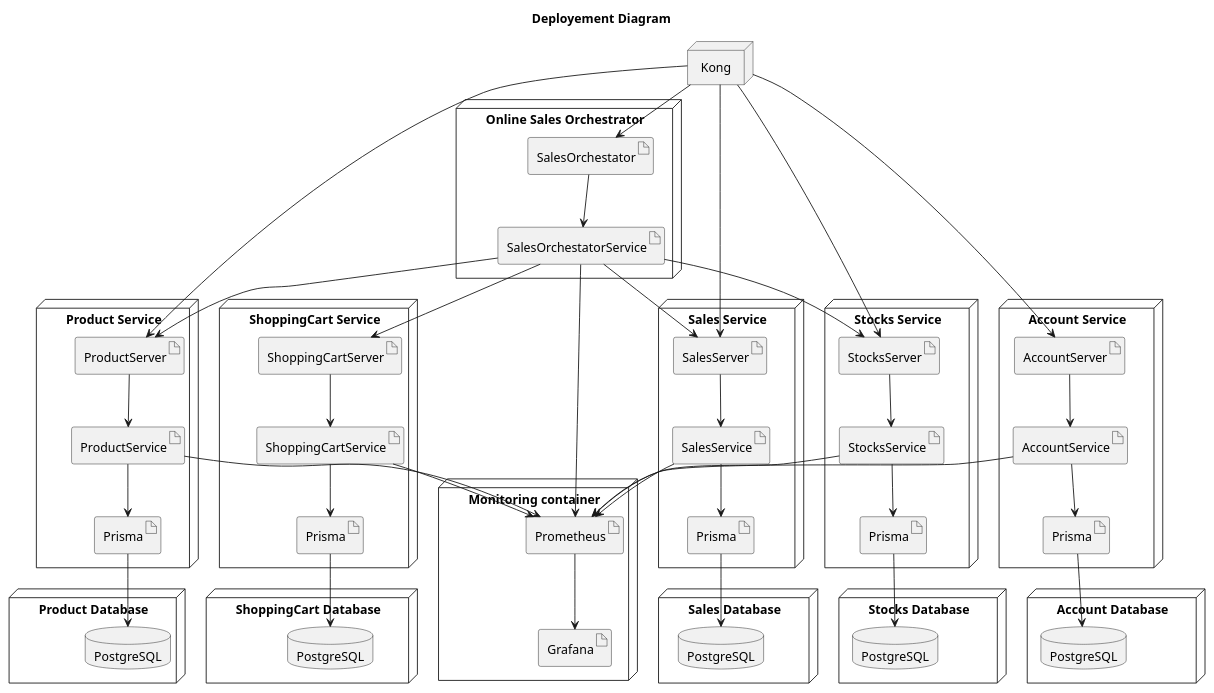
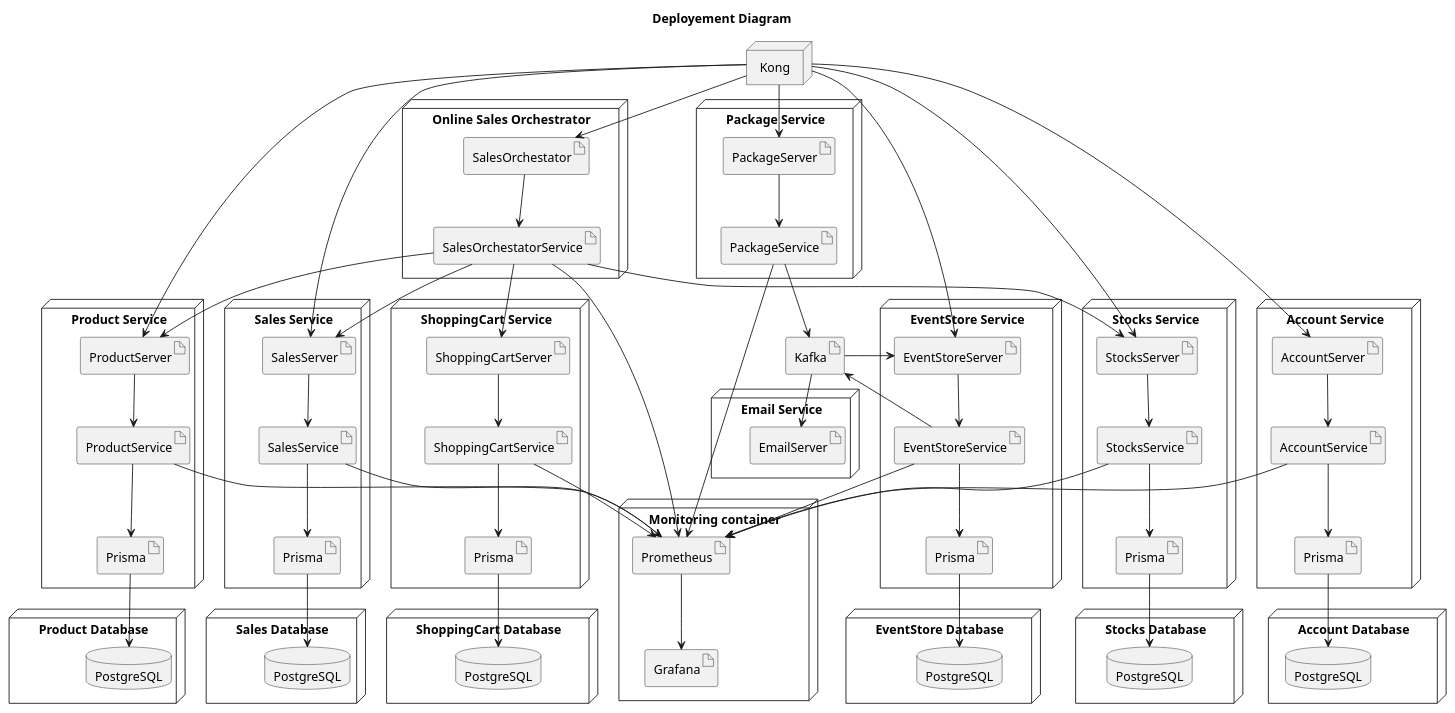
The diagram in docs/UML/deployement.puml (ThePhobosDeimosSuite/laboratoire-0_log430), drawn with PlantUML before and after one commit. The commit also changed 13 other files, not shown here.

```diff
--- a/docs/UML/deployement.puml
+++ b/docs/UML/deployement.puml
@@ -1,113 +1,149 @@
 @startuml deployement
 title Deployement Diagram
 
 node "Monitoring container" {
     artifact Prometheus
     artifact Grafana
 }
 
 node "Kong" {
 
 }
 
 
 node "Product Database" {
     database "PostgreSQL" as ProductDB
 }
 
 node "Product Service"  {
     artifact ProductServer
     artifact ProductService
     artifact "Prisma" as ProductPrisma
 }
 
     [Kong] --> [ProductServer]
     [ProductServer] --> [ProductService]
     [ProductService] --> [Prometheus]
     [ProductService] --> [ProductPrisma]
     [ProductPrisma] --> [ProductDB]
 
 node "Sales Database" {
     database "PostgreSQL" as SalesDB
 }
 
 node "Sales Service"  {
     artifact SalesServer
     artifact SalesService
     artifact "Prisma" as SalesPrisma
 }
 
     [Kong] --> [SalesServer]
     [SalesServer] --> [SalesService]
     [SalesService] --> [Prometheus]
     [SalesService] --> [SalesPrisma]
     [SalesPrisma] --> [SalesDB]
 
 node "Stocks Database" {
     database "PostgreSQL" as StocksDB
 }
 
 node "Stocks Service"  {
     artifact StocksServer
     artifact StocksService
     artifact "Prisma" as StocksPrisma
 }
 
     [Kong] --> [StocksServer]
     [StocksServer] --> [StocksService]
     [StocksService] --> [Prometheus]
     [StocksService] --> [StocksPrisma]
     [StocksPrisma] --> [StocksDB]
 
 
 
 node "Account Database" {
     database "PostgreSQL" as AccountDB
 }
 
 node "Account Service"  {
     artifact AccountServer
     artifact AccountService
     artifact "Prisma" as AccountPrisma
 }
 
     [Kong] --> [AccountServer]
     [AccountServer] --> [AccountService]
     [AccountService] --> [Prometheus]
     [AccountService] --> [AccountPrisma]
     [AccountPrisma] --> [AccountDB]
 
 node "ShoppingCart Database" {
     database "PostgreSQL" as ShoppingCartDB
 }
 
 node "ShoppingCart Service"  {
     artifact ShoppingCartServer
     artifact ShoppingCartService
     artifact "Prisma" as ShoppingCartPrisma
 }
 
     [ShoppingCartServer] --> [ShoppingCartService]
     [ShoppingCartService] --> [Prometheus]
     [ShoppingCartService] --> [ShoppingCartPrisma]
     [ShoppingCartPrisma] --> [ShoppingCartDB]
 
+artifact Kafka
+
+node "Package Service" {
+    artifact PackageServer
+    artifact PackageService
+}
+
+    [Kong] --> [PackageServer]
+    [PackageServer] --> [PackageService]
+    [PackageService] --> [Kafka]
+    [PackageService] --> [Prometheus]
+
+node "EventStore Service"{
+    artifact EventStoreServer
+    artifact EventStoreService
+    artifact "Prisma" as EventStorePrisma
+}
+
+node "EventStore Database" {
+    database "PostgreSQL" as EventStoreDB
+}
+
+    [Kafka] --> [EventStoreServer]
+    [Kong] --> [EventStoreServer]
+    [EventStoreServer] --> [EventStoreService]
+    [EventStoreService] --> [EventStorePrisma]
+    [EventStorePrisma] --> [EventStoreDB]
+    [EventStoreService] --> [Kafka]
+    [EventStoreService] --> [Prometheus]
+
+node "Email Service"{
+    artifact EmailServer
+}
+
+    [Kafka] --> [EmailServer]
+
 
 node "Online Sales Orchestrator"  {
     artifact SalesOrchestator
     artifact SalesOrchestatorService
 }
 
     [Kong] --> [SalesOrchestator]
     [SalesOrchestator] --> [SalesOrchestatorService]
     [SalesOrchestatorService] --> [Prometheus]
 
     [SalesOrchestatorService] --> [ShoppingCartServer]
     [SalesOrchestatorService] --> [ProductServer]
     [SalesOrchestatorService] --> [SalesServer]
     [SalesOrchestatorService] --> [StocksServer]
 
 
 
     [Prometheus] --> [Grafana]
 @enduml
```
